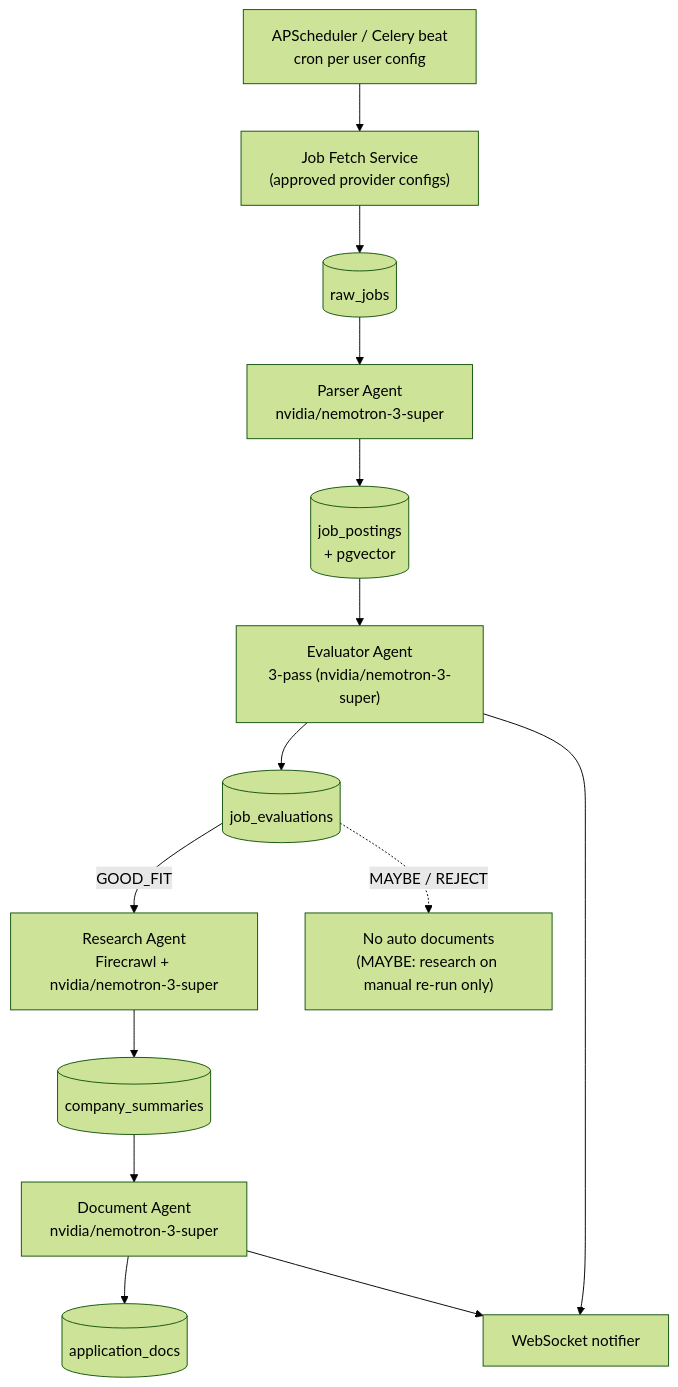
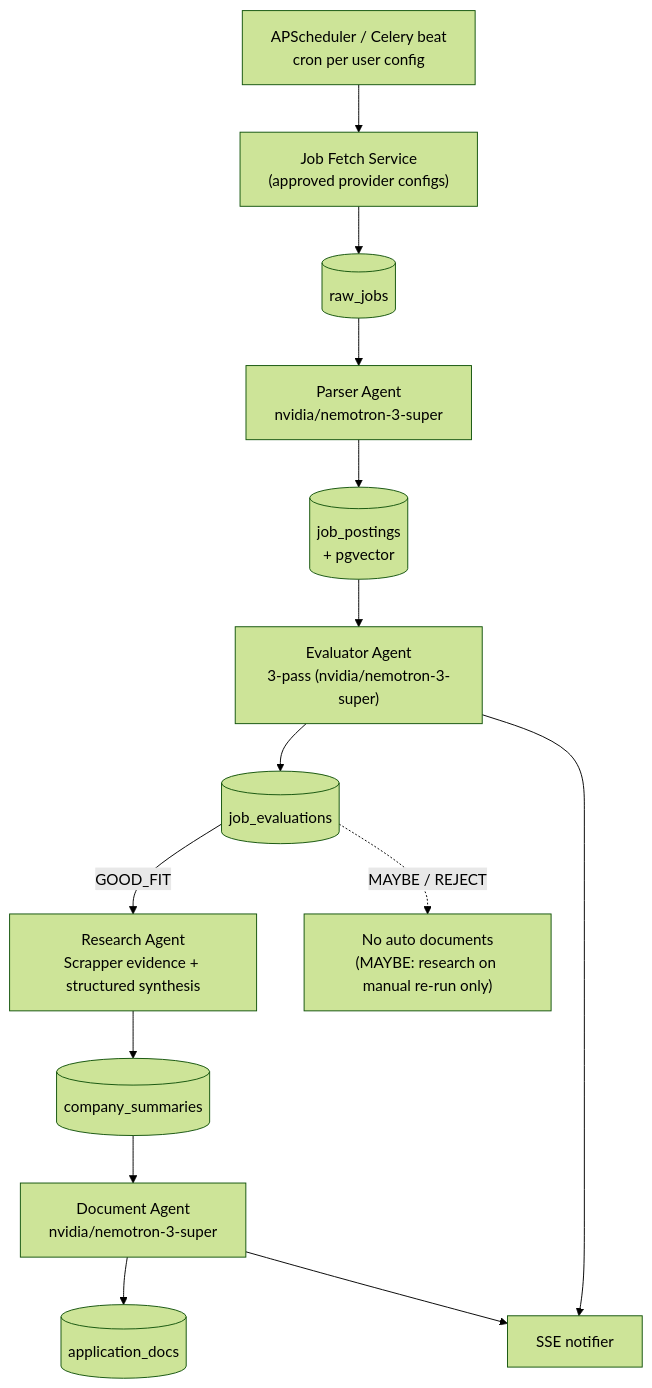
One commit to Gathondu/kaziro changed the diagram in docs/architecture/02-agentic-pipeline.md. Above: the diagram before and after it, drawn with Mermaid (forest theme). The commit also changed other lines of this file and 114 other files, not shown here.

````diff
--- a/docs/architecture/02-agentic-pipeline.md
+++ b/docs/architecture/02-agentic-pipeline.md
@@ -31,24 +31,24 @@
 ```mermaid
 flowchart TD
   scheduler["APScheduler / Celery beat<br/>cron per user config"]
   fetch["Job Fetch Service<br/>(approved provider configs)"]
   rawT[("raw_jobs")]
   parser["Parser Agent<br/>nvidia/nemotron-3-super"]
   postingsT[("job_postings<br/>+ pgvector")]
   evaluator["Evaluator Agent<br/>3-pass (nvidia/nemotron-3-super)"]
   evalT[("job_evaluations")]
-  research["Research Agent<br/>Firecrawl + nvidia/nemotron-3-super"]
+  research["Research Agent<br/>Scrapper evidence + structured synthesis"]
   companyT[("company_summaries")]
   document["Document Agent<br/>nvidia/nemotron-3-super"]
   docsT[("application_docs")]
-  ws["WebSocket notifier"]
+  ws["SSE notifier"]
 
   scheduler --> fetch --> rawT
   rawT --> parser --> postingsT
   postingsT --> evaluator --> evalT
   evalT -->|"GOOD_FIT"| research --> companyT
   companyT --> document --> docsT
   evalT -.->|"MAYBE / REJECT"| stop["No auto documents<br/>(MAYBE: research on manual re-run only)"]
   evaluator --> ws
   document --> ws
 ```
````
